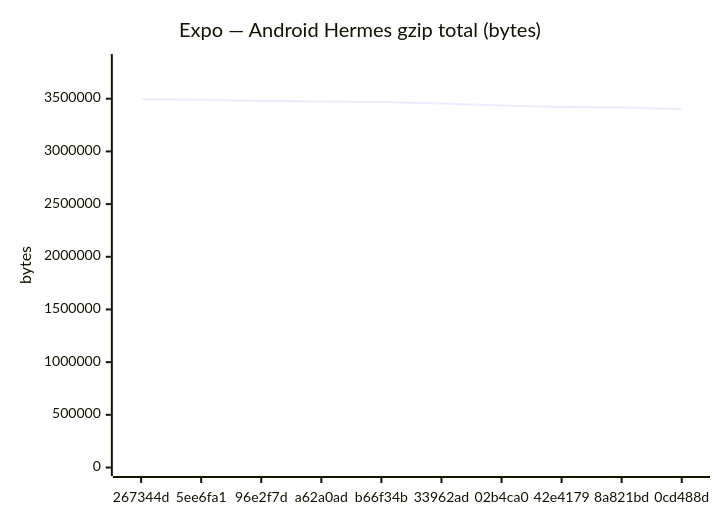
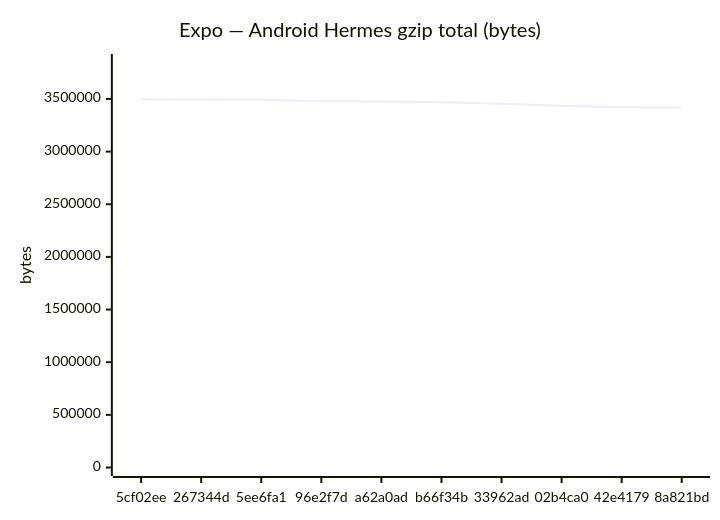
The fifth of 18 diagrams in benchmarks/compare.md (Metaheurist/Rianell), drawn with Mermaid before and after one commit. The commit also changed other lines of this file and 11 other files, not shown here.

````diff
--- a/benchmarks/compare.md
+++ b/benchmarks/compare.md
@@ -89,7 +89,7 @@
 ```mermaid
 xychart-beta
     title "Expo — Android Hermes gzip total (bytes)"
-    x-axis ["267344d", "5ee6fa1", "96e2f7d", "a62a0ad", "b66f34b", "33962ad", "02b4ca0", "42e4179", "8a821bd", "0cd488d"]
-    y-axis "bytes" 0 --> 3843890
-    line [3494445, 3491111, 3478911, 3474606, 3468338, 3454266, 3434635, 3421569, 3417622, 3400545]
+    x-axis ["5cf02ee", "267344d", "5ee6fa1", "96e2f7d", "a62a0ad", "b66f34b", "33962ad", "02b4ca0", "42e4179", "8a821bd"]
+    y-axis "bytes" 0 --> 3846033
+    line [3496393, 3494445, 3491111, 3478911, 3474606, 3468338, 3454266, 3434635, 3421569, 3417622]
 ```
````
